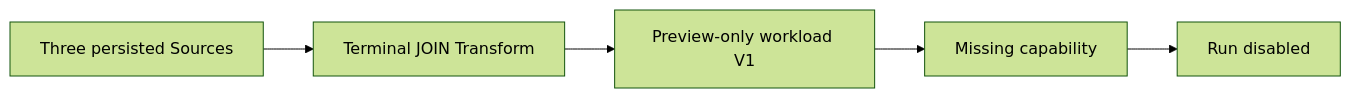
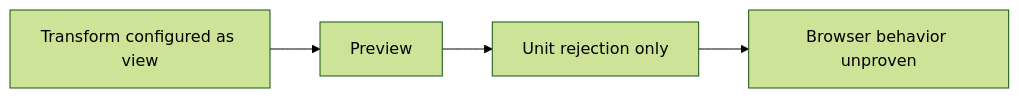
The first of 2 diagrams in docs/planning/proposals/mandatory/frontend-and-ux/gh-3021-dvt-preview-run-live-plan-20260915.md (dunay2/dvt), drawn with Mermaid (forest theme) before and after one commit. The commit also changed other lines of this file and 1 other file, not shown here.

Commit message:
test(web): Prove unsupported DVT view rejection (#3200)

````diff
--- a/docs/planning/proposals/mandatory/frontend-and-ux/gh-3021-dvt-preview-run-live-plan-20260915.md
+++ b/docs/planning/proposals/mandatory/frontend-and-ux/gh-3021-dvt-preview-run-live-plan-20260915.md
@@ -28,7 +28,6 @@
 ```mermaid
 flowchart LR
-  A[Three persisted Sources] --> B[Terminal JOIN Transform]
-  B --> C[Preview-only workload V1]
-  C --> D[Missing capability]
-  D --> E[Run disabled]
+  A[Transform configured as view] --> B[Preview]
+  B --> C[Unit rejection only]
+  C --> D[Browser behavior unproven]
 ```
````
